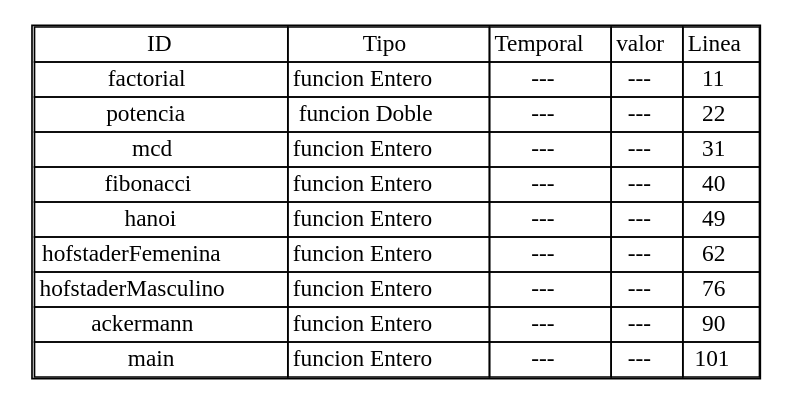
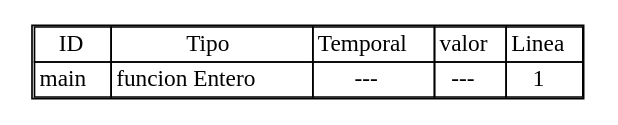
Before and after one commit to carlosE17/OLC2P2Junio2020: the diagram in reporteTs_minorC.dot, drawn with Graphviz. The commit also changed 10 other files, not shown here.

```diff
--- a/reporteTs_minorC.dot
+++ b/reporteTs_minorC.dot
@@ -1,8 +1,8 @@
 digraph {
 node0 [    shape=plaintext
     label=<
 
       <table cellspacing='0'>
       <tr><td>ID</td><td>Tipo</td><td>Temporal</td><td>valor</td><td>Linea</td></tr>
-<tr> <td> factorial</td><td> funcion Entero </td><td> --- </td><td> --- </td><td> 11</td> </tr><tr> <td> potencia</td><td> funcion Doble </td><td> --- </td><td> --- </td><td> 22</td> </tr><tr> <td> mcd</td><td> funcion Entero </td><td> --- </td><td> --- </td><td> 31</td> </tr><tr> <td> fibonacci</td><td> funcion Entero </td><td> --- </td><td> --- </td><td> 40</td> </tr><tr> <td> hanoi</td><td> funcion Entero </td><td> --- </td><td> --- </td><td> 49</td> </tr><tr> <td> hofstaderFemenina</td><td> funcion Entero </td><td> --- </td><td> --- </td><td> 62</td> </tr><tr> <td> hofstaderMasculino</td><td> funcion Entero </td><td> --- </td><td> --- </td><td> 76</td> </tr><tr> <td> ackermann</td><td> funcion Entero </td><td> --- </td><td> --- </td><td> 90</td> </tr><tr> <td> main</td><td> funcion Entero </td><td> --- </td><td> --- </td><td> 101</td> </tr>    </table>
+<tr> <td> main</td><td> funcion Entero </td><td> --- </td><td> --- </td><td> 1</td> </tr>    </table>
 >];}
```
